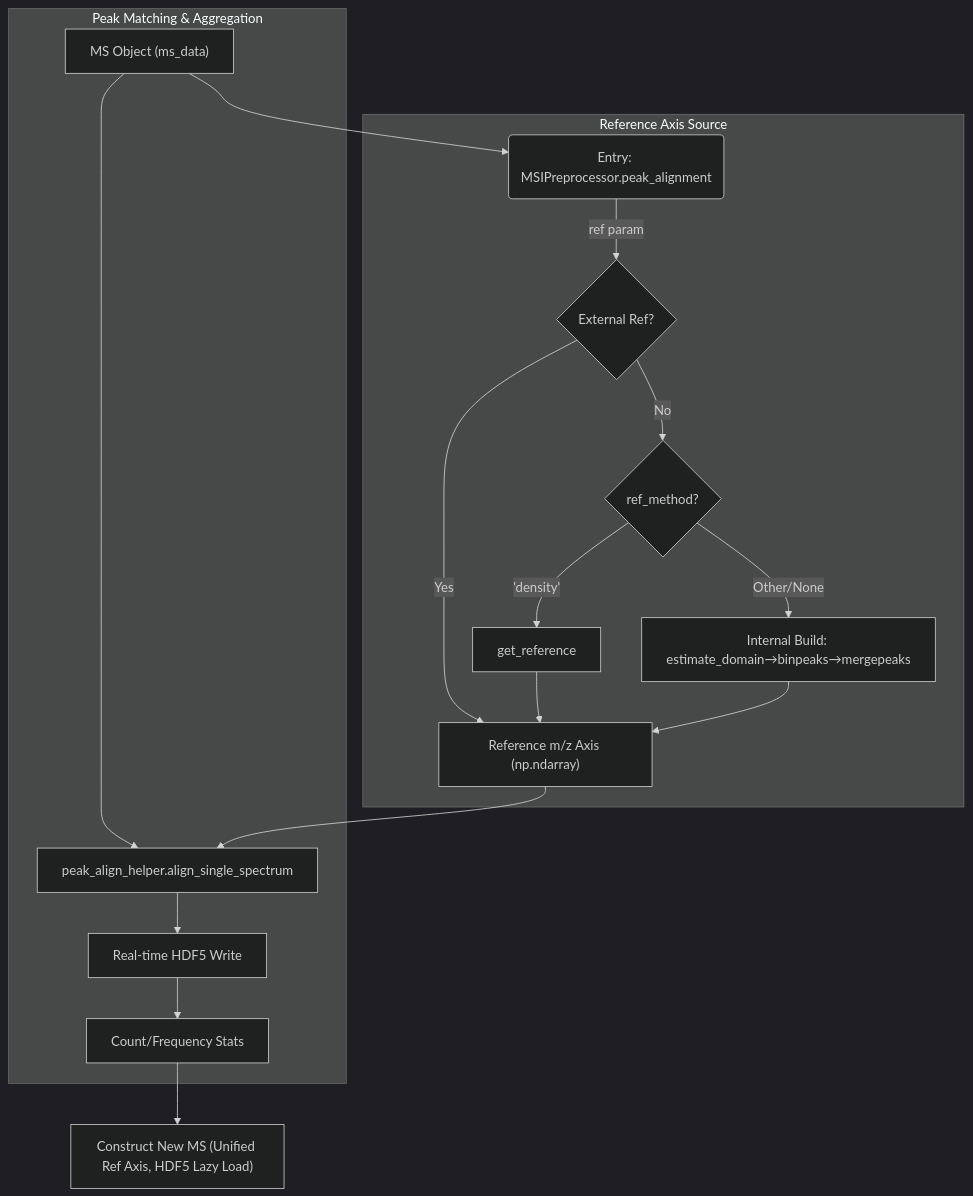
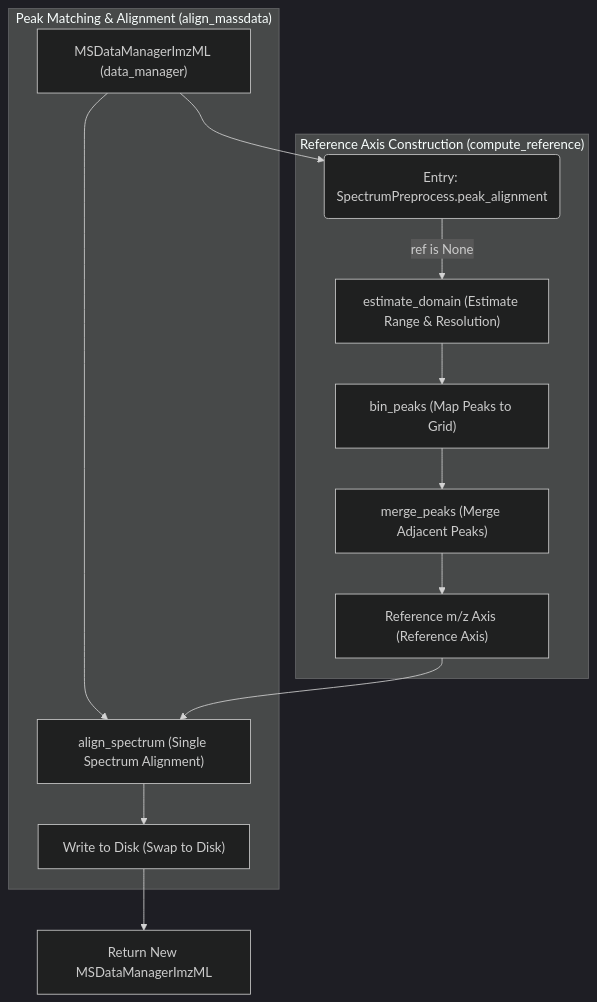
One commit to dil666555/MassFlow_v0.1 changed the diagram in docs/en/peak-alignment.md. Above: the diagram before and after it, drawn with Mermaid (dark theme). The commit also changed other lines of this file and 43 other files, not shown here.

````diff
--- a/docs/en/peak-alignment.md
+++ b/docs/en/peak-alignment.md
@@ -29,23 +30,19 @@
 ```mermaid
 graph TD
-    A["MS Object (ms_data)"] --> B("Entry: MSIPreprocessor.peak_alignment");
+    A["MSDataManagerImzML (data_manager)"] --> B("Entry: SpectrumPreprocess.peak_alignment");
 
-    subgraph "Reference Axis Source"
-        B -- ref param --> C{External Ref?};
-        C -- Yes --> F["Reference m/z Axis (np.ndarray)"];
-        C -- No --> D{ref_method?};
-        D -- 'density' --> E[get_reference];
-        D -- Other/None --> G["Internal Build: estimate_domain→binpeaks→mergepeaks"];
-        E --> F;
-        G --> F;
+    subgraph "Reference Axis Construction (compute_reference)"
+        B -- ref is None --> C["estimate_domain (Estimate Range & Resolution)"];
+        C --> D["bin_peaks (Map Peaks to Grid)"];
+        D --> E["merge_peaks (Merge Adjacent Peaks)"];
+        E --> F["Reference m/z Axis (Reference Axis)"];
     end
 
-    subgraph "Peak Matching & Aggregation"
-        A --> H["peak_align_helper.align_single_spectrum"];
-        F --> H;
-        H --> I[Real-time HDF5 Write];
-        I --> J[Count/Frequency Stats];
+    subgraph "Peak Matching & Alignment (align_massdata)"
+        A --> G["align_spectrum (Single Spectrum Alignment)"];
+        F --> G;
+        G --> H["Write to Disk (Swap to Disk)"];
     end
 
-    J --> K["Construct New MS (Unified Ref Axis, HDF5 Lazy Load)"];
+    H --> I["Return New MSDataManagerImzML"];
 ```
````
